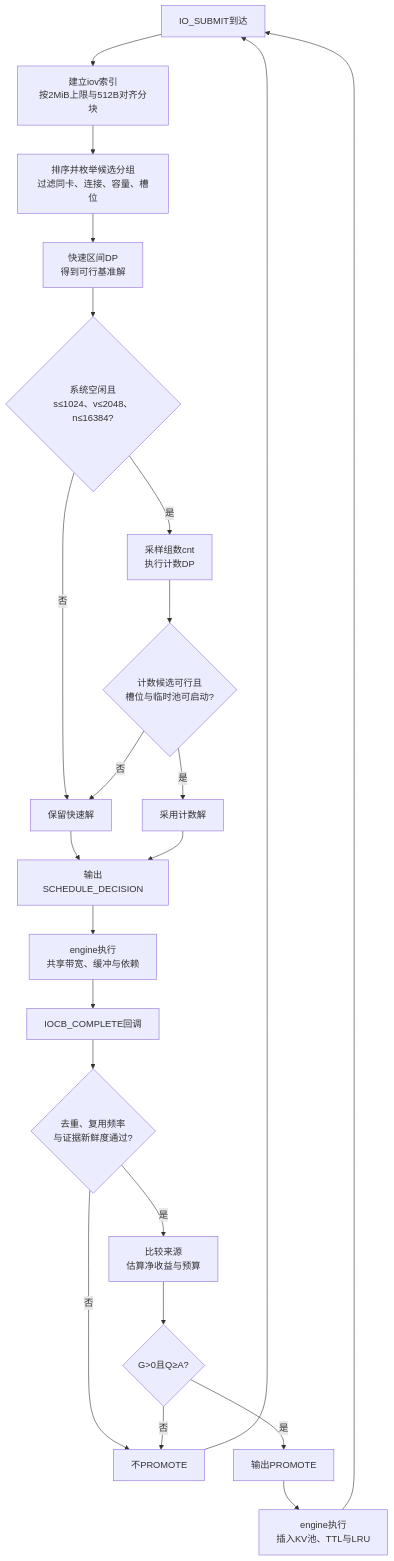
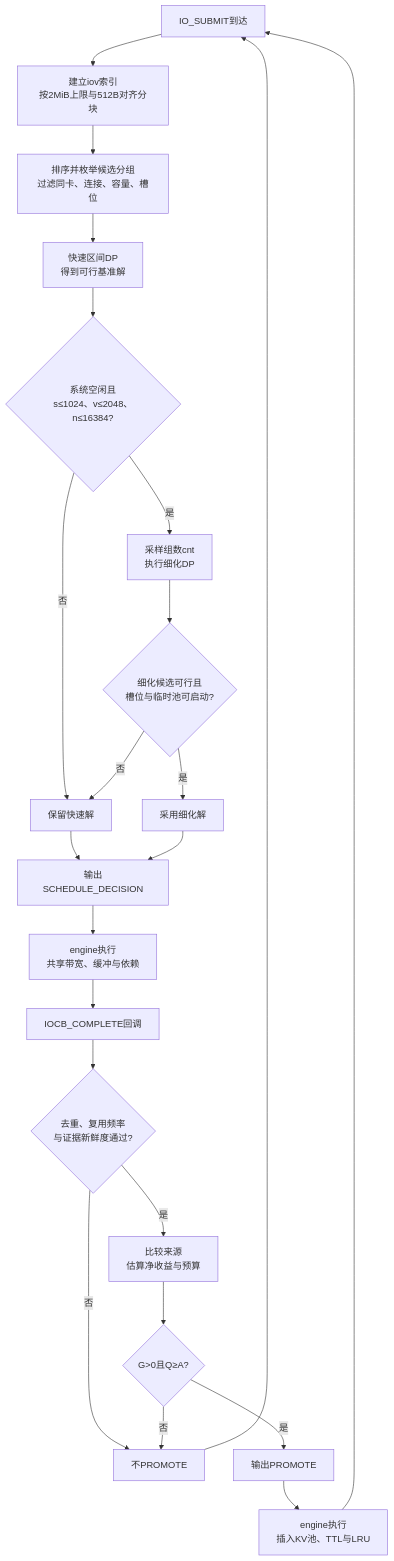
The diagram in submissions/kaisennhu/04_算法设计与复杂度/算法设计.md (dpj135/hackathon), drawn with Mermaid before and after one commit. The commit also changed other lines of this file and 4 other files, not shown here.

````diff
--- a/submissions/kaisennhu/04_算法设计与复杂度/算法设计.md
+++ b/submissions/kaisennhu/04_算法设计与复杂度/算法设计.md
@@ -19,25 +19,25 @@
 ```mermaid
 flowchart TD
     A["IO_SUBMIT到达"] --> B["建立iov索引<br/>按2MiB上限与512B对齐分块"]
     B --> C["排序并枚举候选分组<br/>过滤同卡、连接、容量、槽位"]
     C --> D["快速区间DP<br/>得到可行基准解"]
     D --> E{"系统空闲且<br/>s≤1024、v≤2048、n≤16384?"}
-    E -- 是 --> F["采样组数cnt<br/>执行计数DP"]
+    E -- 是 --> F["采样组数cnt<br/>执行细化DP"]
     E -- 否 --> G["保留快速解"]
-    F --> H{"计数候选可行且<br/>槽位与临时池可启动?"}
-    H -- 是 --> I["采用计数解"]
+    F --> H{"细化候选可行且<br/>槽位与临时池可启动?"}
+    H -- 是 --> I["采用细化解"]
     H -- 否 --> G
     G --> J["输出SCHEDULE_DECISION"]
     I --> J
     J --> K["engine执行<br/>共享带宽、缓冲与依赖"]
     K --> L["IOCB_COMPLETE回调"]
     L --> M{"去重、复用频率<br/>与证据新鲜度通过?"}
     M -- 否 --> N["不PROMOTE"]
     M -- 是 --> O["比较来源<br/>估算净收益与预算"]
     O --> P{"G>0且Q≥A?"}
     P -- 否 --> N
     P -- 是 --> Q["输出PROMOTE"]
     Q --> R["engine执行<br/>插入KV池、TTL与LRU"]
     R --> A
     N --> A
 ```
````
